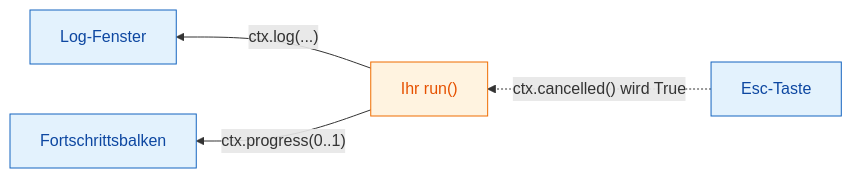
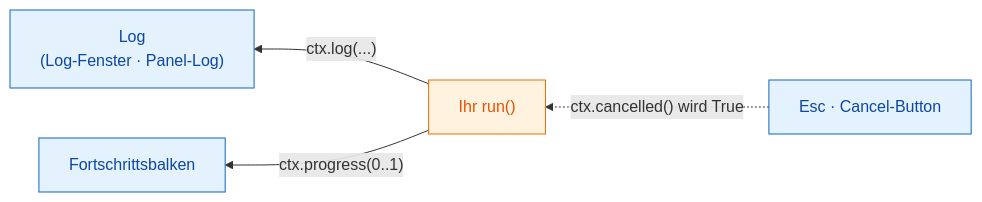
Before and after one commit to Oxford-Zeiss-Centre-of-Excellence/Wavu: the diagram in guide/write/logs-progress-cancel.de.md, drawn with Mermaid. The commit also changed other lines of this file and 70 other files, not shown here.

````diff
--- a/guide/write/logs-progress-cancel.de.md
+++ b/guide/write/logs-progress-cancel.de.md
@@ -16,13 +26,13 @@
 ```mermaid
 flowchart RL
     S["Ihr run()"]:::script
-    L["Log-Fenster"]:::fiji
+    L["Log<br/>(Log-Fenster · Panel-Log)"]:::fiji
     P["Fortschrittsbalken"]:::fiji
-    E["Esc-Taste"]:::fiji
+    E["Esc · Cancel-Button"]:::fiji
     S -- "ctx.log(...)" --> L
     S -- "ctx.progress(0..1)" --> P
     E -. "ctx.cancelled() wird True" .-> S
 
     classDef fiji   fill:#e3f2fd,stroke:#1565c0,color:#0d47a1
     classDef script fill:#fff3e0,stroke:#ef6c00,color:#e65100
 ```
````
